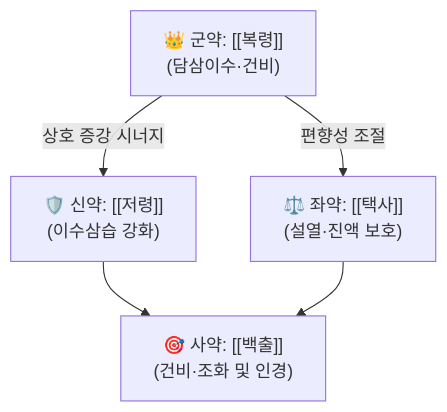
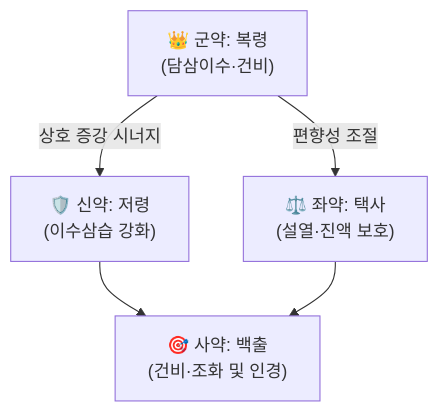
The diagram in content/2. 약리 공부/처방/03_화담·거습·이수제/사령탕.md (simbio11/simbio-digital-garden2), drawn with Mermaid before and after one commit. The commit also changed other lines of this file and 323 other files, not shown here.

````diff
--- a/content/2. 약리 공부/처방/03_화담·거습·이수제/사령탕.md
+++ b/content/2. 약리 공부/처방/03_화담·거습·이수제/사령탕.md
@@ -58,7 +59,7 @@
 ```mermaid
 graph TD
-    Gun["👑 군약: [[복령]]<br>(담삼이수·건비)"] -->|상호 증강 시너지| Sin["🛡️ 신약: [[저령]]<br>(이수삼습 강화)"]
-    Gun -->|편향성 조절| Jwa["⚖️ 좌약: [[택사]]<br>(설열·진액 보호)"]
-    Sin --> Sa["🎯 사약: [[백출]]<br>(건비·조화 및 인경)"]
+    Gun["👑 군약: 복령<br>(담삼이수·건비)"] -->|상호 증강 시너지| Sin["🛡️ 신약: 저령<br>(이수삼습 강화)"]
+    Gun -->|편향성 조절| Jwa["⚖️ 좌약: 택사<br>(설열·진액 보호)"]
+    Sin --> Sa["🎯 사약: 백출<br>(건비·조화 및 인경)"]
     Jwa --> Sa
 ```
````
